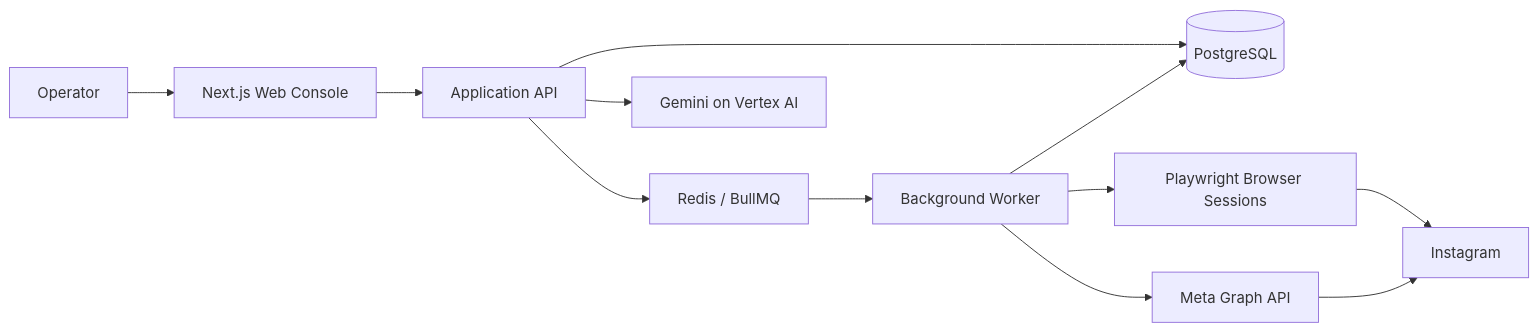
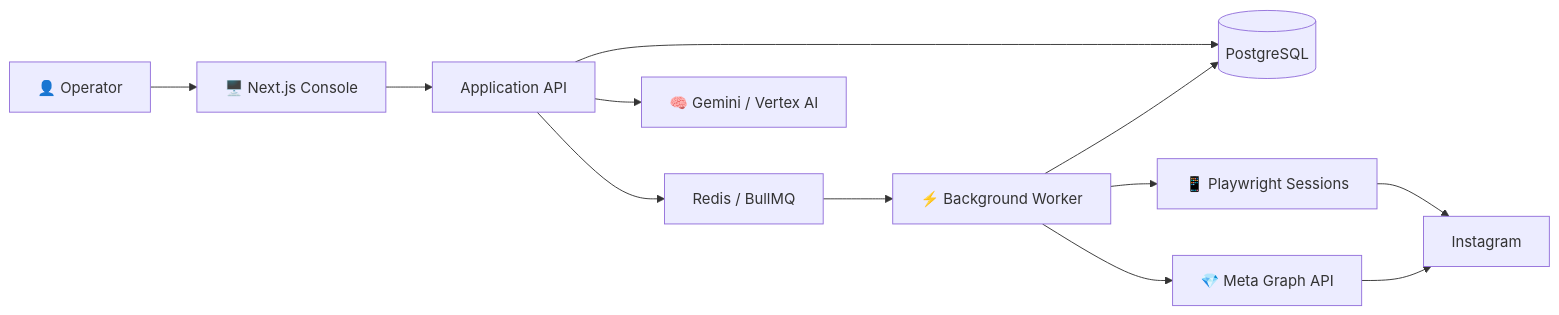
Before and after one commit to LUC4N3X/Instara-Crew: the diagram in README.md, drawn with Mermaid. The commit also changed other lines of this file, not shown here.

````diff
--- a/README.md
+++ b/README.md
@@ -114,19 +118,19 @@
 ```mermaid
 flowchart LR
-    U[Operator] --> W[Next.js Web Console]
+    U[👤 Operator] --> W[🖥️ Next.js Console]
 
     W --> API[Application API]
     API --> DB[(PostgreSQL)]
     API --> Q[Redis / BullMQ]
-    API --> AI[Gemini on Vertex AI]
+    API --> AI[🧠 Gemini / Vertex AI]
 
-    Q --> WORKER[Background Worker]
+    Q --> WORKER[⚡ Background Worker]
 
-    WORKER --> BROWSER[Playwright Browser Sessions]
-    WORKER --> META[Meta Graph API]
+    WORKER --> BROWSER[📱 Playwright Sessions]
+    WORKER --> META[💎 Meta Graph API]
 
     BROWSER --> IG[Instagram]
     META --> IG
 
     WORKER --> DB
 ```
````
